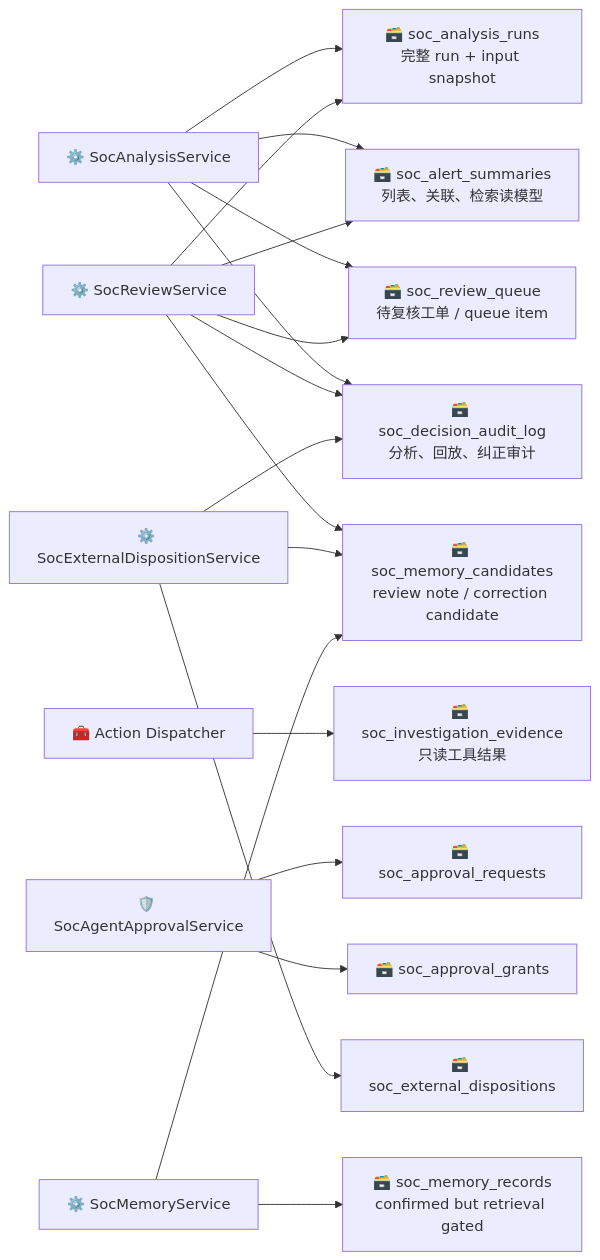
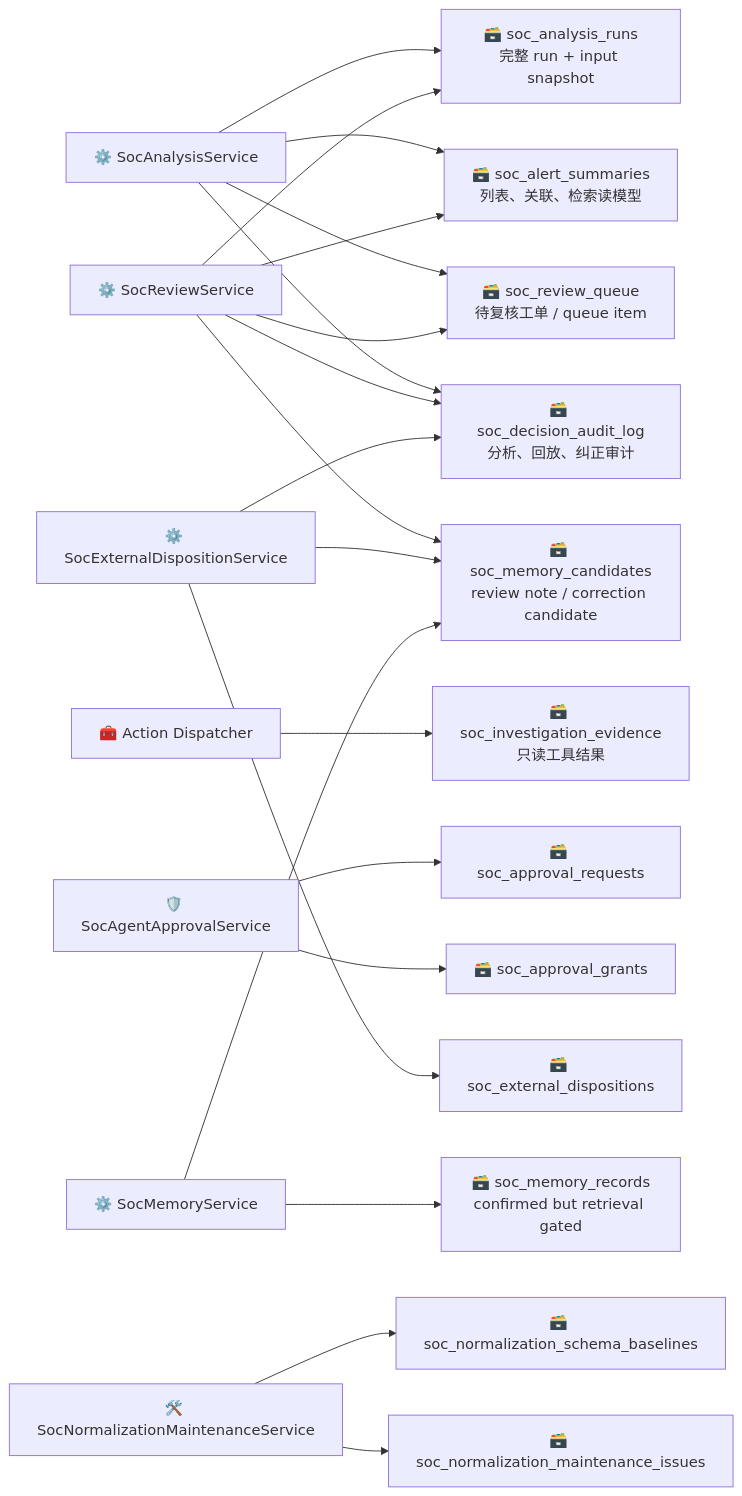
The third of 16 diagrams in .notes/ai_soc/alert-lifecycle-flow.md (yydspanda/deer-flow), drawn with Mermaid before and after one commit. The commit also changed other lines of this file and 54 other files, not shown here.

Commit message:
feat(soc): harden normalization and maintenance workflow

````diff
--- a/.notes/ai_soc/alert-lifecycle-flow.md
+++ b/.notes/ai_soc/alert-lifecycle-flow.md
@@ -120,22 +129,24 @@
 ```mermaid
 flowchart LR
     A["⚙️ SocAnalysisService"] --> B["🗃️ soc_analysis_runs<br/>完整 run + input snapshot"]
     A --> C["🗃️ soc_alert_summaries<br/>列表、关联、检索读模型"]
     A --> D["🗃️ soc_review_queue<br/>待复核工单 / queue item"]
     A --> E["🗃️ soc_decision_audit_log<br/>分析、回放、纠正审计"]
 
     F["⚙️ SocReviewService"] --> D
     F --> B
     F --> C
     F --> E
     F --> G["🗃️ soc_memory_candidates<br/>review note / correction candidate"]
 
     H["🧰 Action Dispatcher"] --> I["🗃️ soc_investigation_evidence<br/>只读工具结果"]
     J["🛡️ SocAgentApprovalService"] --> K["🗃️ soc_approval_requests"]
     J --> L["🗃️ soc_approval_grants"]
     M["⚙️ SocExternalDispositionService"] --> N["🗃️ soc_external_dispositions"]
     M --> E
     M --> G
     O["⚙️ SocMemoryService"] --> G
     O --> P["🗃️ soc_memory_records<br/>confirmed but retrieval gated"]
+    Q["🛠️ SocNormalizationMaintenanceService"] --> R["🗃️ soc_normalization_schema_baselines"]
+    Q --> S["🗃️ soc_normalization_maintenance_issues"]
 ```
````
